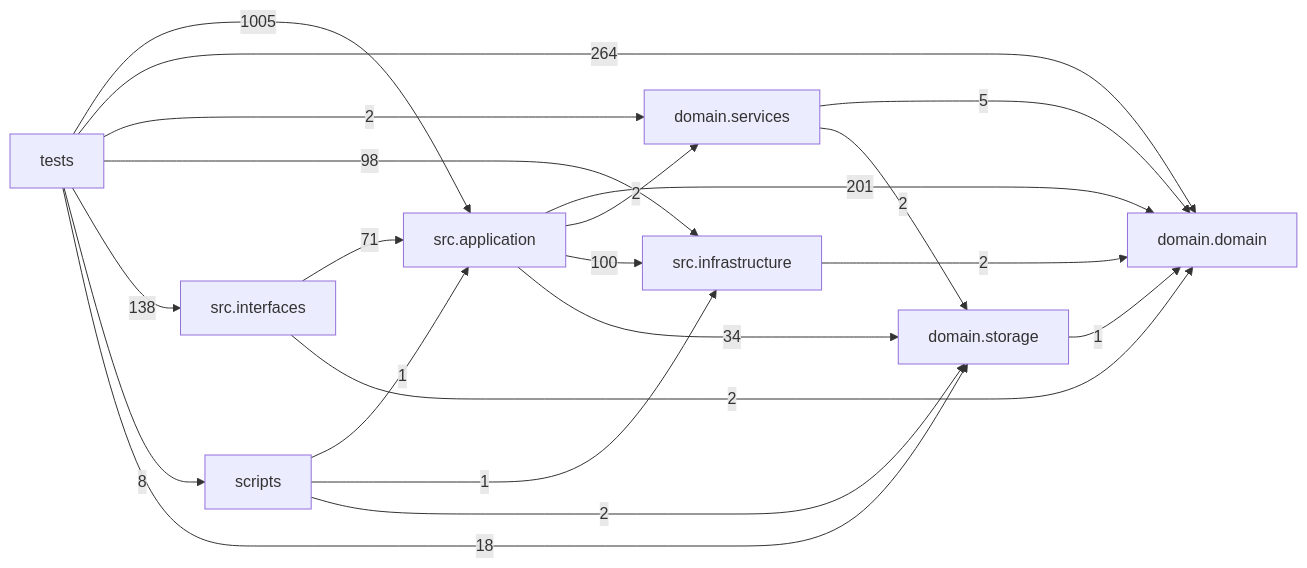
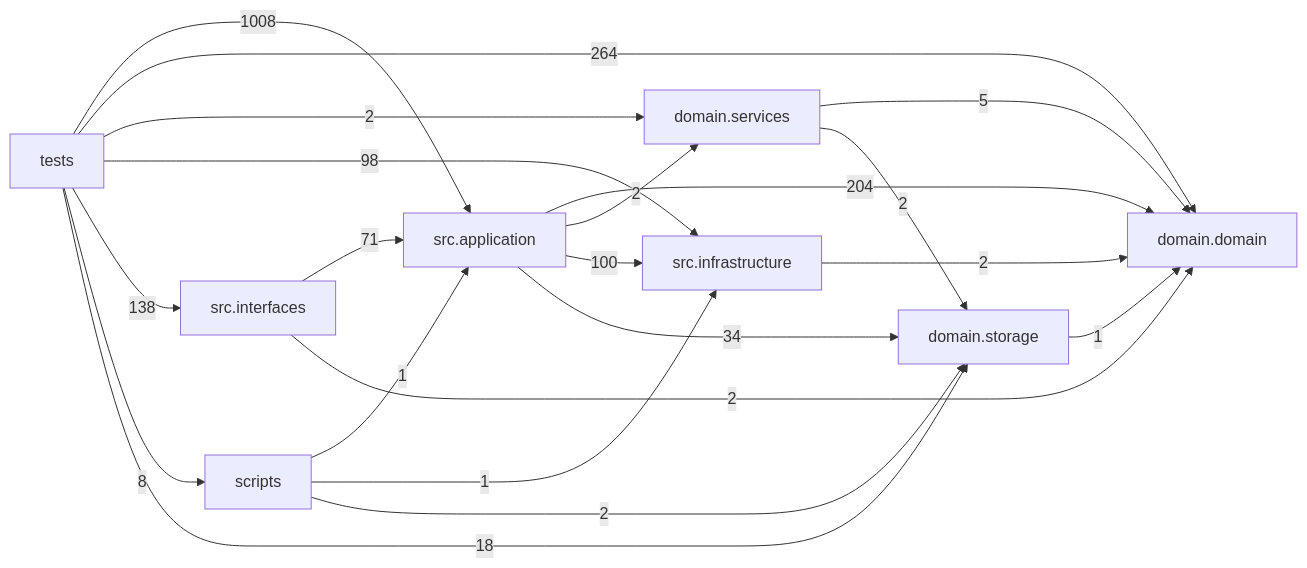
One commit to liuxie066/options-monitor changed the diagram in docs/DEPENDENCY_GRAPH.md. Above: the diagram before and after it, drawn with Mermaid. The commit also changed other lines of this file and 20 other files, not shown here.

````diff
--- a/docs/DEPENDENCY_GRAPH.md
+++ b/docs/DEPENDENCY_GRAPH.md
@@ -24,31 +24,31 @@
 ```mermaid
 flowchart LR
   tests["tests"]
   scripts["scripts"]
   interfaces["src.interfaces"]
   application["src.application"]
   infrastructure["src.infrastructure"]
   domain_services["domain.services"]
   domain["domain.domain"]
   storage["domain.storage"]
-  application -->|201| domain
+  application -->|204| domain
   application -->|2| domain_services
   application -->|100| infrastructure
   application -->|34| storage
   domain_services -->|5| domain
   domain_services -->|2| storage
   infrastructure -->|2| domain
   interfaces -->|71| application
   interfaces -->|2| domain
   scripts -->|1| application
   scripts -->|1| infrastructure
   scripts -->|2| storage
   storage -->|1| domain
-  tests -->|1005| application
+  tests -->|1008| application
   tests -->|264| domain
   tests -->|2| domain_services
   tests -->|98| infrastructure
   tests -->|138| interfaces
   tests -->|8| scripts
   tests -->|18| storage
 ```
````
